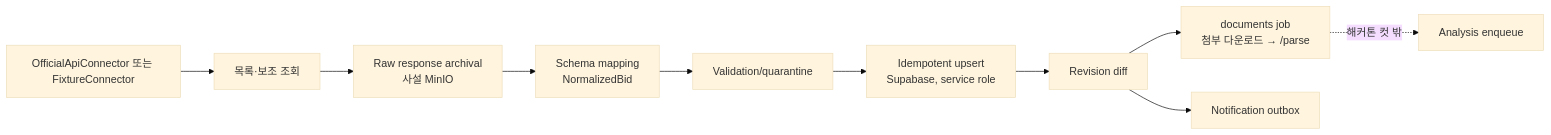
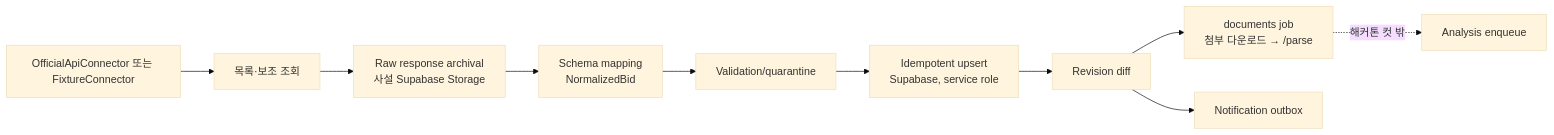
The diagram in docs/07-DATA-PIPELINE.md (solideoai/sol-radar), drawn with Mermaid (base theme) before and after one commit. The commit also changed other lines of this file and 98 other files, not shown here.

````diff
--- a/docs/07-DATA-PIPELINE.md
+++ b/docs/07-DATA-PIPELINE.md
@@ -23,12 +23,12 @@
 ```mermaid
 flowchart LR
  A[OfficialApiConnector 또는 FixtureConnector] --> B[목록·보조 조회]
- B --> C[Raw response archival<br/>사설 MinIO]
+ B --> C[Raw response archival<br/>사설 Supabase Storage]
  C --> D[Schema mapping<br/>NormalizedBid]
  D --> E[Validation/quarantine]
  E --> F[Idempotent upsert<br/>Supabase, service role]
  F --> G[Revision diff]
  G --> J[documents job<br/>첨부 다운로드 → /parse]
  J -.->|해커톤 컷 밖| H[Analysis enqueue]
  G --> I[Notification outbox]
 ```
````
